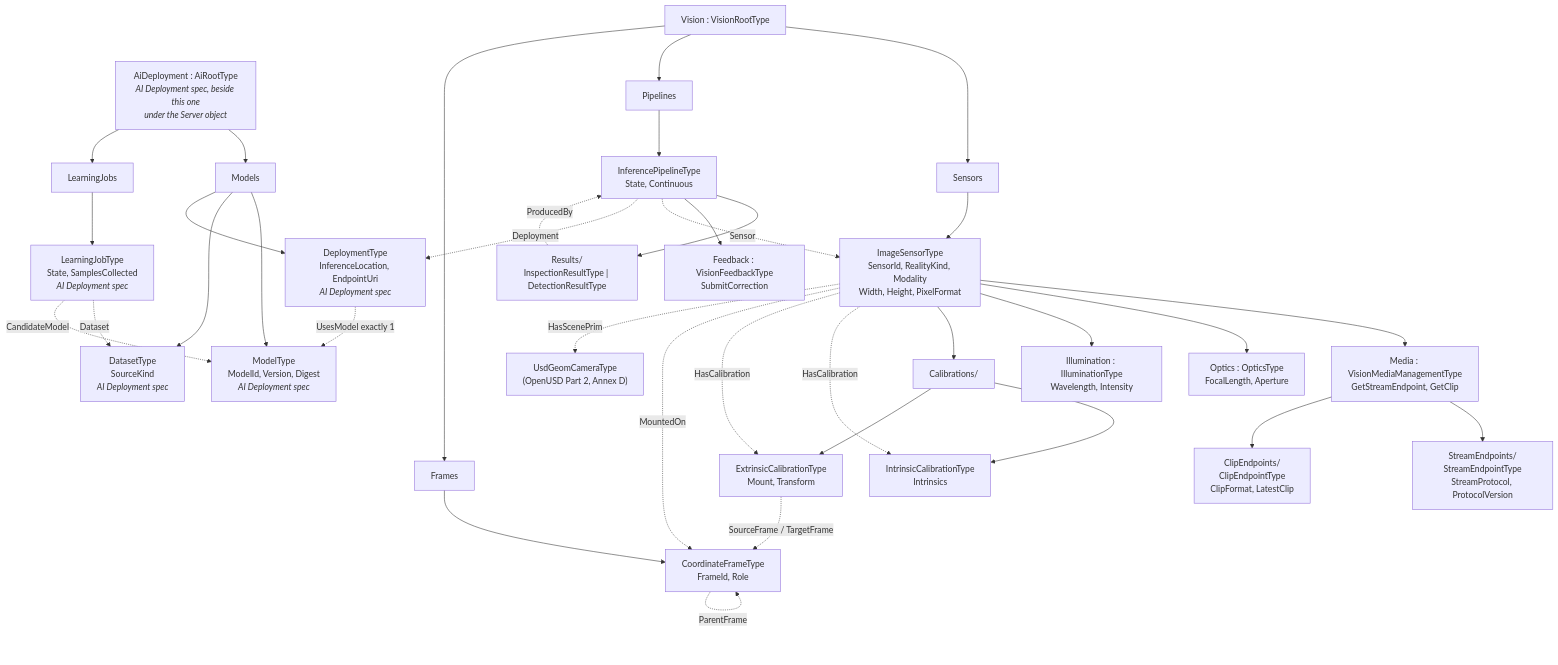
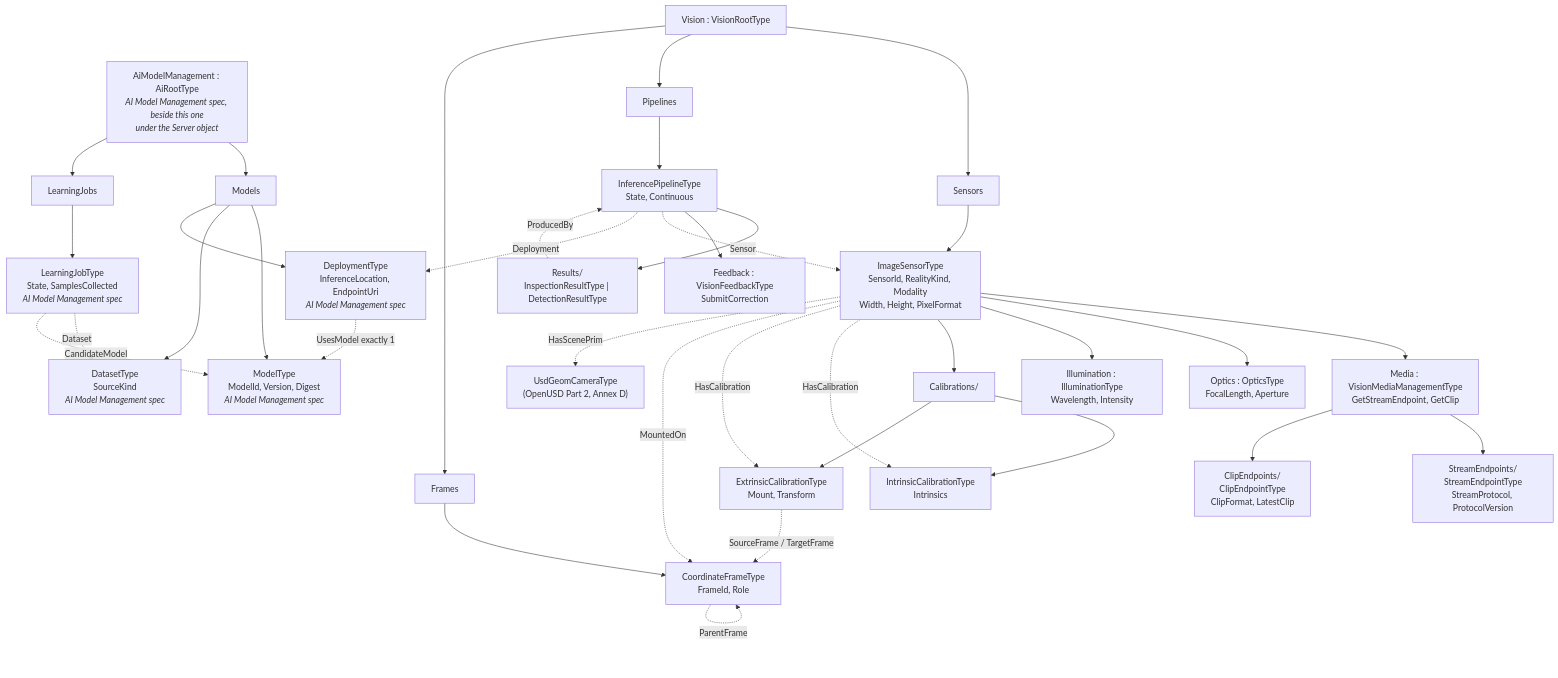
The third of 10 diagrams in metaverse-specs/vision/OPC-UA-Vision.md (marcschier/opcua-drafts), drawn with Mermaid before and after one commit. The commit also changed other lines of this file and 17 other files, not shown here.

````diff
--- a/metaverse-specs/vision/OPC-UA-Vision.md
+++ b/metaverse-specs/vision/OPC-UA-Vision.md
@@ -222,46 +222,46 @@
 ```mermaid
 graph TD
     ROOT["Vision : VisionRootType"]
-    AIROOT["AiDeployment : AiRootType<br/><i>AI Deployment spec, beside this one<br/>under the Server object</i>"]
+    AIROOT["AiModelManagement : AiRootType<br/><i>AI Model Management spec, beside this one<br/>under the Server object</i>"]
     AIROOT --> FM["Models"]
     AIROOT --> FJ["LearningJobs"]
     ROOT --> FS["Sensors"]
     ROOT --> FP["Pipelines"]
     ROOT --> FF["Frames"]
 
     FS --> SENSOR["ImageSensorType<br/>SensorId, RealityKind, Modality<br/>Width, Height, PixelFormat"]
     SENSOR --> MEDIA["Media : VisionMediaManagementType<br/>GetStreamEndpoint, GetClip"]
     MEDIA --> SEP["StreamEndpoints/<br/>StreamEndpointType<br/>StreamProtocol, ProtocolVersion"]
     MEDIA --> CEP["ClipEndpoints/<br/>ClipEndpointType<br/>ClipFormat, LatestClip"]
     SENSOR --> OPT["Optics : OpticsType<br/>FocalLength, Aperture"]
     SENSOR --> ILL["Illumination : IlluminationType<br/>Wavelength, Intensity"]
     SENSOR --> CALS["Calibrations/"]
     CALS --> ICAL["IntrinsicCalibrationType<br/>Intrinsics"]
     CALS --> ECAL["ExtrinsicCalibrationType<br/>Mount, Transform"]
 
     FF --> FRAME["CoordinateFrameType<br/>FrameId, Role"]
 
-    FM --> MODEL["ModelType<br/>ModelId, Version, Digest<br/><i>AI Deployment spec</i>"]
-    FM --> DSET["DatasetType<br/>SourceKind<br/><i>AI Deployment spec</i>"]
-    FM --> DEPL["DeploymentType<br/>InferenceLocation, EndpointUri<br/><i>AI Deployment spec</i>"]
+    FM --> MODEL["ModelType<br/>ModelId, Version, Digest<br/><i>AI Model Management spec</i>"]
+    FM --> DSET["DatasetType<br/>SourceKind<br/><i>AI Model Management spec</i>"]
+    FM --> DEPL["DeploymentType<br/>InferenceLocation, EndpointUri<br/><i>AI Model Management spec</i>"]
 
     FP --> PIPE["InferencePipelineType<br/>State, Continuous"]
     PIPE --> RES["Results/<br/>InspectionResultType | DetectionResultType"]
     PIPE --> FB["Feedback : VisionFeedbackType<br/>SubmitCorrection"]
 
-    FJ --> JOB["LearningJobType<br/>State, SamplesCollected<br/><i>AI Deployment spec</i>"]
+    FJ --> JOB["LearningJobType<br/>State, SamplesCollected<br/><i>AI Model Management spec</i>"]
 
     SENSOR -.HasCalibration.-> ICAL
     SENSOR -.HasCalibration.-> ECAL
     SENSOR -.MountedOn.-> FRAME
     SENSOR -.HasScenePrim.-> PRIM["UsdGeomCameraType<br/>(OpenUSD Part 2, Annex D)"]
     DEPL -.UsesModel exactly 1.-> MODEL
     RES -.ProducedBy.-> PIPE
 
     PIPE -.->|Sensor| SENSOR
     PIPE -.->|Deployment| DEPL
     ECAL -.->|SourceFrame / TargetFrame| FRAME
     FRAME -.->|ParentFrame| FRAME
     JOB -.->|Dataset| DSET
     JOB -.->|CandidateModel| MODEL
 ```
````
